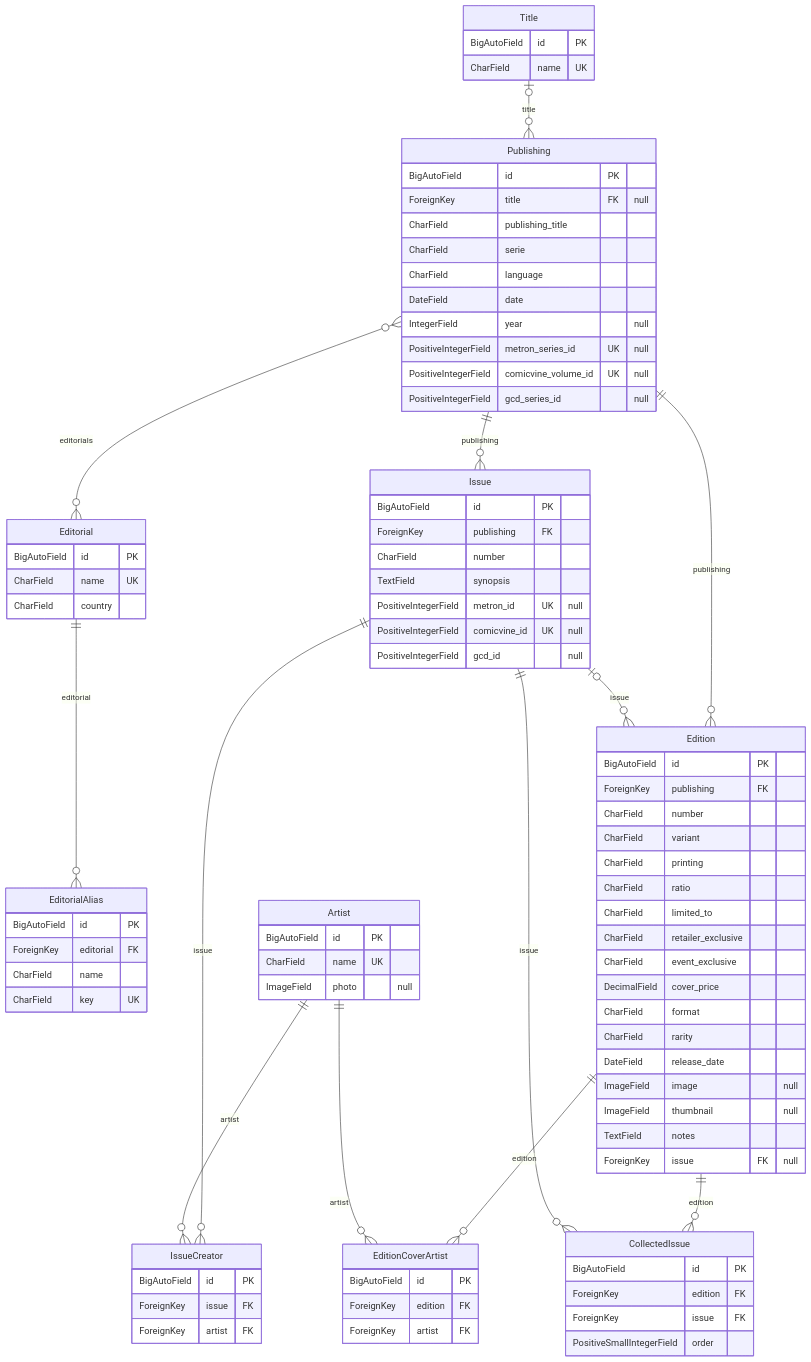
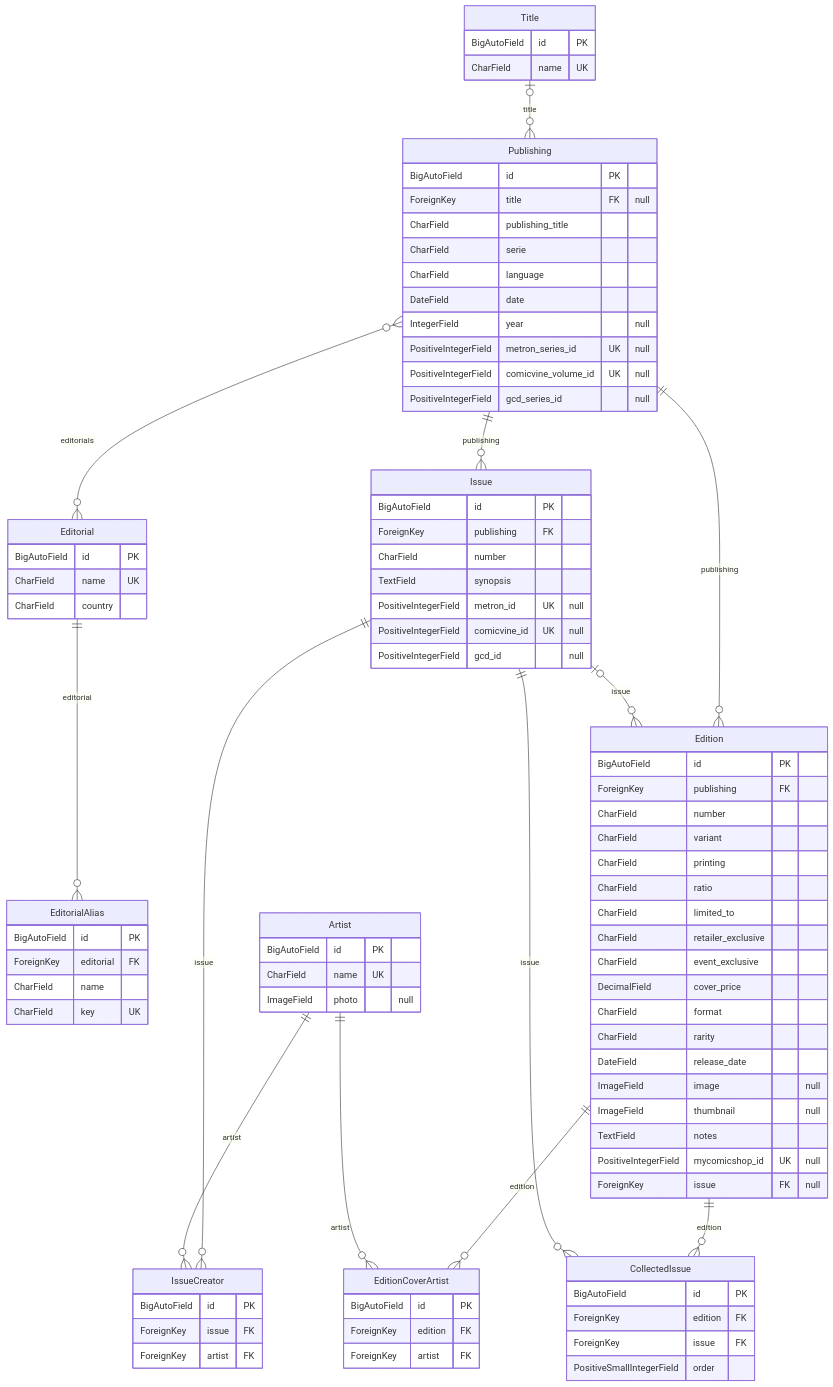
One commit to DeadSpawnZ/comics changed the third of 8 diagrams in README.md. Above: the diagram before and after it, drawn with Mermaid. The commit also changed other lines of this file and 31 other files, not shown here.

```diff
--- a/README.md
+++ b/README.md
@@ -275,6 +278,7 @@
         ImageField image "null"
         ImageField thumbnail "null"
         TextField notes
+        PositiveIntegerField mycomicshop_id UK "null"
         ForeignKey issue FK "null"
     }
     CollectedIssue {
```
